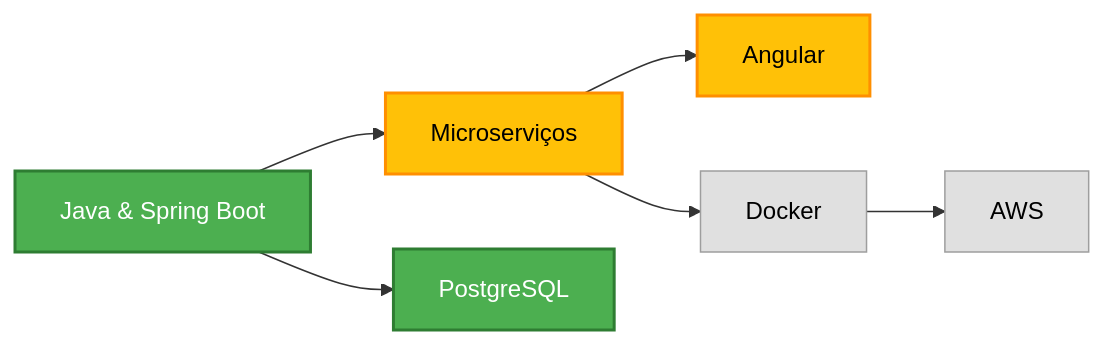
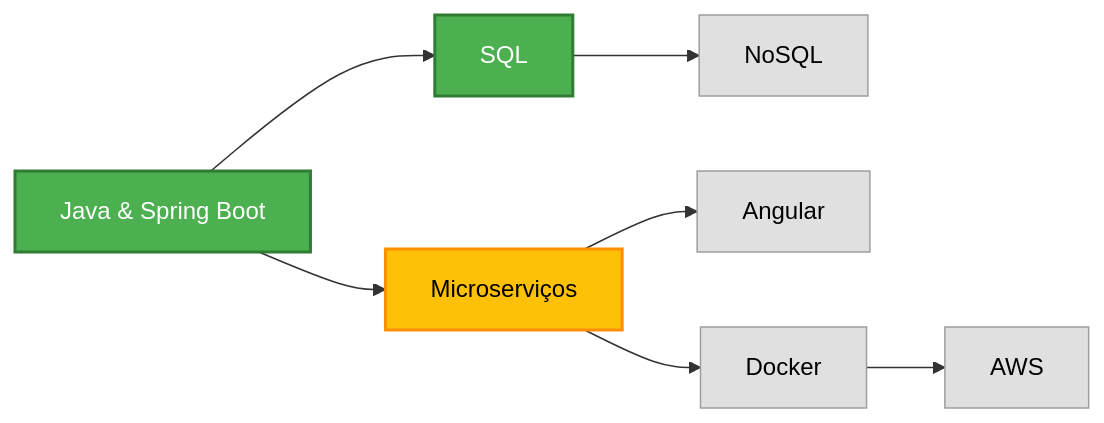
One commit to Fael3113/Fael3113 changed the diagram in README.md. Above: the diagram before and after it, drawn with Mermaid.

````diff
--- a/README.md
+++ b/README.md
@@ -57,18 +57,19 @@
 ```mermaid
 graph LR
     A[Java & Spring Boot] --> B[Microserviços]
-    A --> C[PostgreSQL]
-    B --> D[Angular]
-    B --> E[Docker]
-    E --> F[AWS]
+    A --> C[SQL]
+    C --> D[NoSQL]
+    B --> E[Angular]
+    B --> F[Docker]
+    F --> G[AWS]
 
     %% Classes
     classDef concluido fill:#4CAF50,color:#fff,stroke:#2E7D32,stroke-width:2px;
     classDef andamento fill:#FFC107,color:#000,stroke:#FF8F00,stroke-width:2px;
     classDef pendente fill:#E0E0E0,color:#000,stroke:#9E9E9E,stroke-width:1px;
 
     %% Aplicando classes
     class A,C concluido;
-    class B,D andamento;
-    class E,F pendente;
+    class B andamento;
+    class D,E,F,G pendente;
 ```
````
